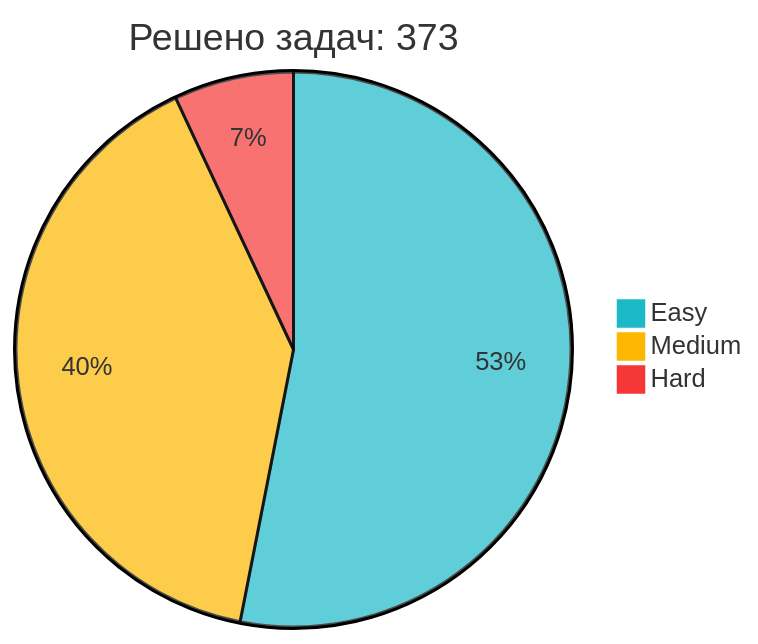
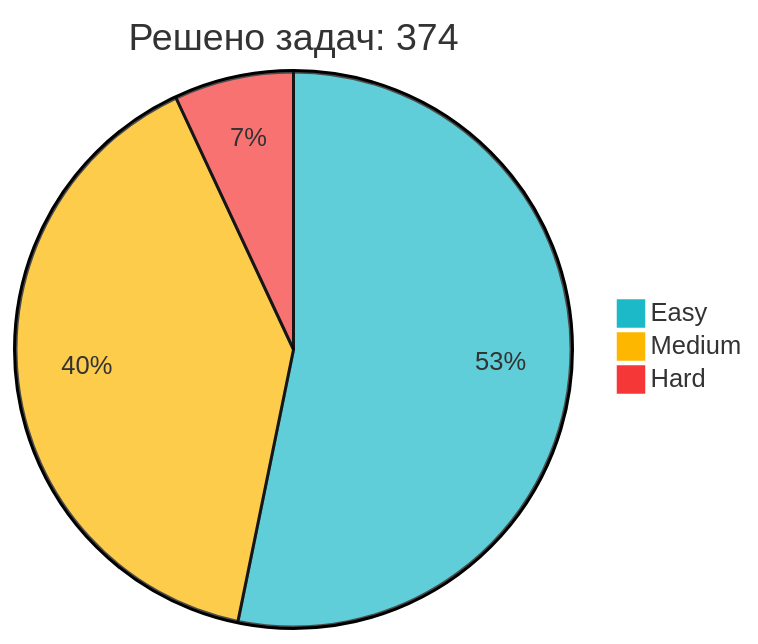
The diagram in README.md (IliaKurdukov/IliaKurdukov), drawn with Mermaid before and after one commit. The commit also changed other lines of this file, not shown here.

Commit message:
📈 Обновление статистики LeetCode

````diff
--- a/README.md
+++ b/README.md
@@ -51,7 +51,7 @@
 ```mermaid
 %%{init: {'theme': 'base', 'themeVariables': { 'pie1': '#1CBAC8', 'pie2': '#FEB700', 'pie3': '#F63737' }, 'config': {'width': 300, 'height': 200}}}%%
-pie title Решено задач: 373
-   "Easy" : 198
+pie title Решено задач: 374
+   "Easy" : 199
    "Medium" : 149
    "Hard" : 26
 ```
````
